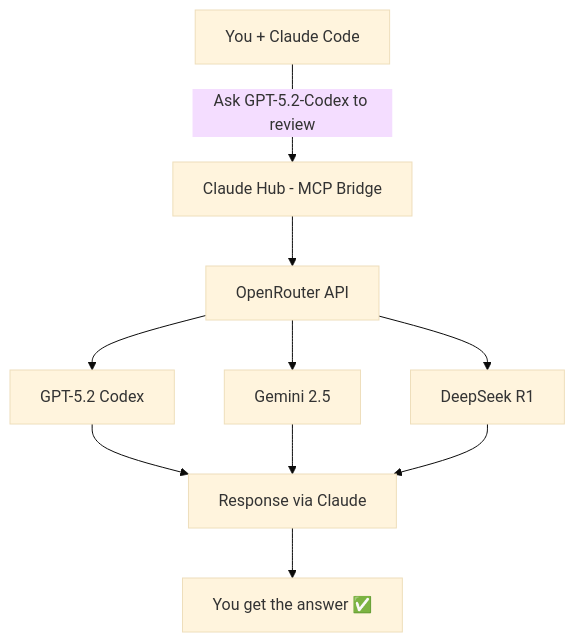
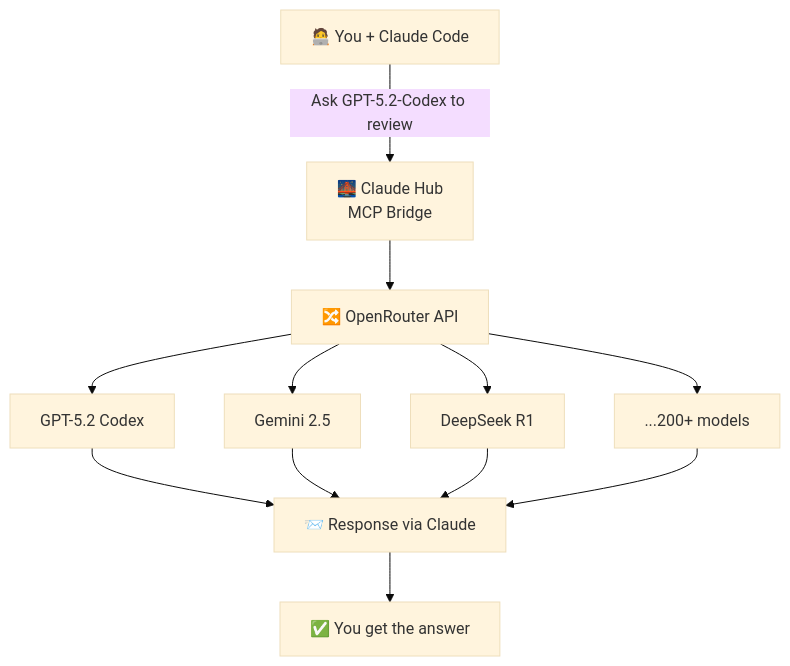
One commit to stefans71/Claude_GPT_MCP changed the diagram in README.md. Above: the diagram before and after it, drawn with Mermaid (base theme).

Commit message:
Improve Mermaid diagram with emojis and 200+ models node

````diff
--- a/README.md
+++ b/README.md
@@ -41,12 +41,11 @@
 ```mermaid
 flowchart TD
-    A[You + Claude Code] -->|"Ask GPT-5.2-Codex to review"| B[Claude Hub - MCP Bridge]
-    B --> C[OpenRouter API]
-    C --> D[GPT-5.2 Codex]
-    C --> E[Gemini 2.5]
-    C --> F[DeepSeek R1]
-    D --> G[Response via Claude]
-    E --> G
-    F --> G
-    G --> H[You get the answer ✅]
+    A["🧑‍💻 You + Claude Code"] -->|"Ask GPT-5.2-Codex to review"| B["🌉 Claude Hub<br/>MCP Bridge"]
+    B --> C["🔀 OpenRouter API"]
+    C --> D["GPT-5.2 Codex"]
+    C --> E["Gemini 2.5"]
+    C --> F["DeepSeek R1"]
+    C --> G["...200+ models"]
+    D & E & F & G --> H["📨 Response via Claude"]
+    H --> I["✅ You get the answer"]
 ```
````
